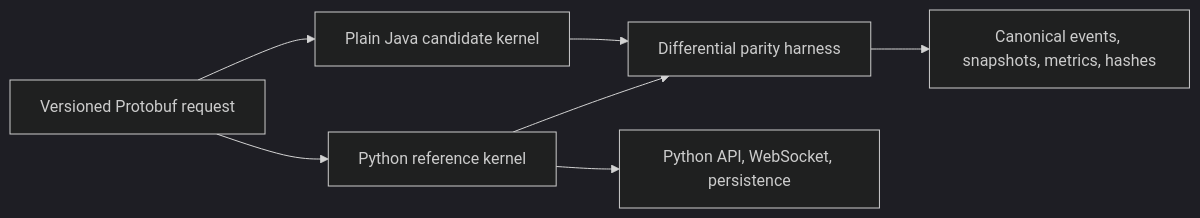
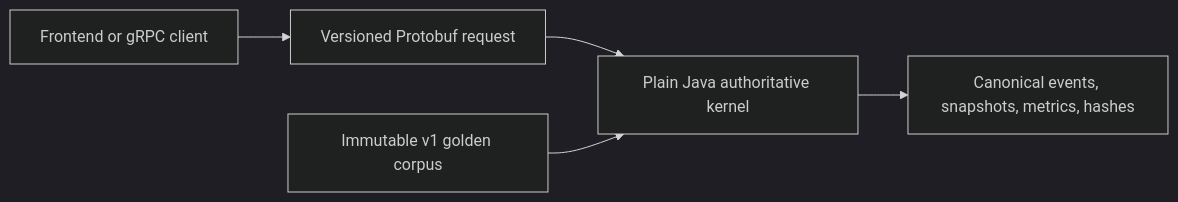
The diagram in docs/architecture/ARD-0019-python-reference-java-kernel-migration.md (khab40/aimada), drawn with Mermaid (dark theme) before and after one commit. The commit also changed other lines of this file and 49 other files, not shown here.

Commit message:
feat: cut over deterministic kernel to Java

````diff
--- a/docs/architecture/ARD-0019-python-reference-java-kernel-migration.md
+++ b/docs/architecture/ARD-0019-python-reference-java-kernel-migration.md
@@ -29,16 +30,13 @@
 ```mermaid
 graph LR
     Request["Versioned Protobuf request"]
-    Python["Python reference kernel"]
-    Java["Plain Java candidate kernel"]
-    Compare["Differential parity harness"]
-    PythonAPI["Python API, WebSocket, persistence"]
+    Corpus["Immutable v1 golden corpus"]
+    Java["Plain Java authoritative kernel"]
+    Client["Frontend or gRPC client"]
     Result["Canonical events, snapshots, metrics, hashes"]
 
-    Request --> Python
     Request --> Java
-    Python --> Compare
-    Java --> Compare
-    Compare --> Result
-    Python --> PythonAPI
+    Corpus --> Java
+    Java --> Result
+    Client --> Request
 ```
````
